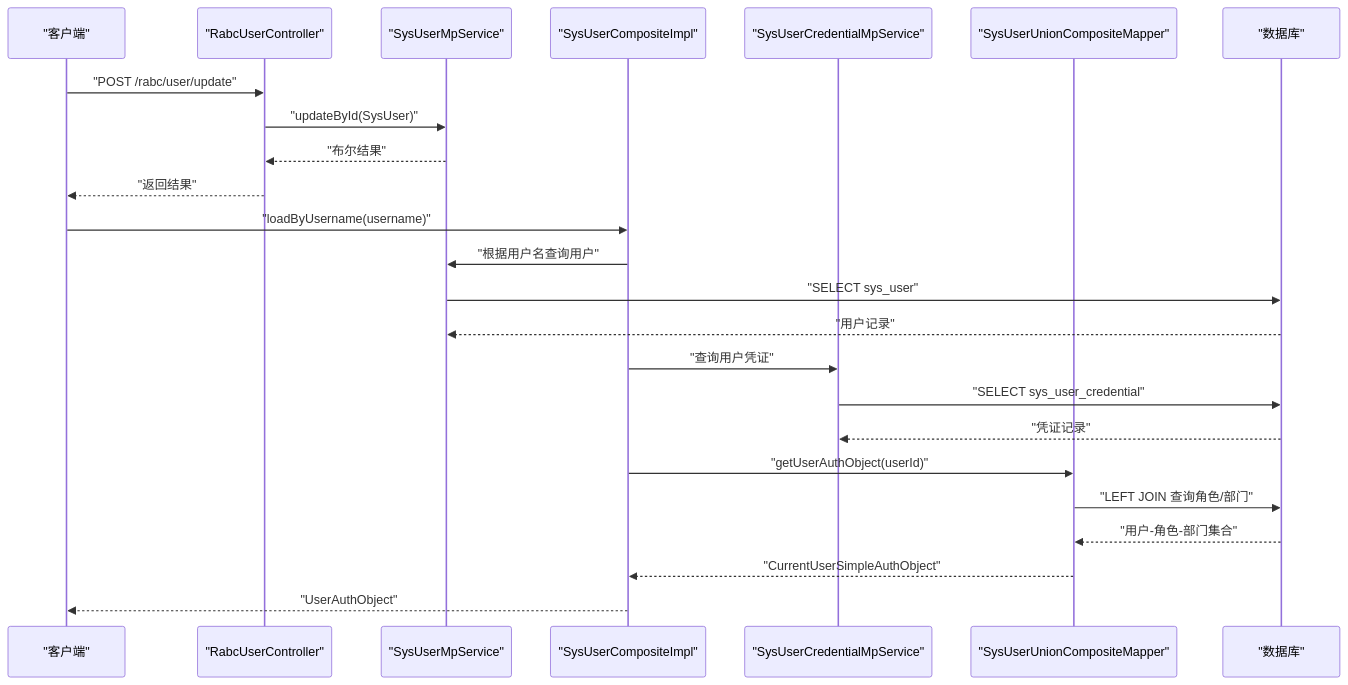
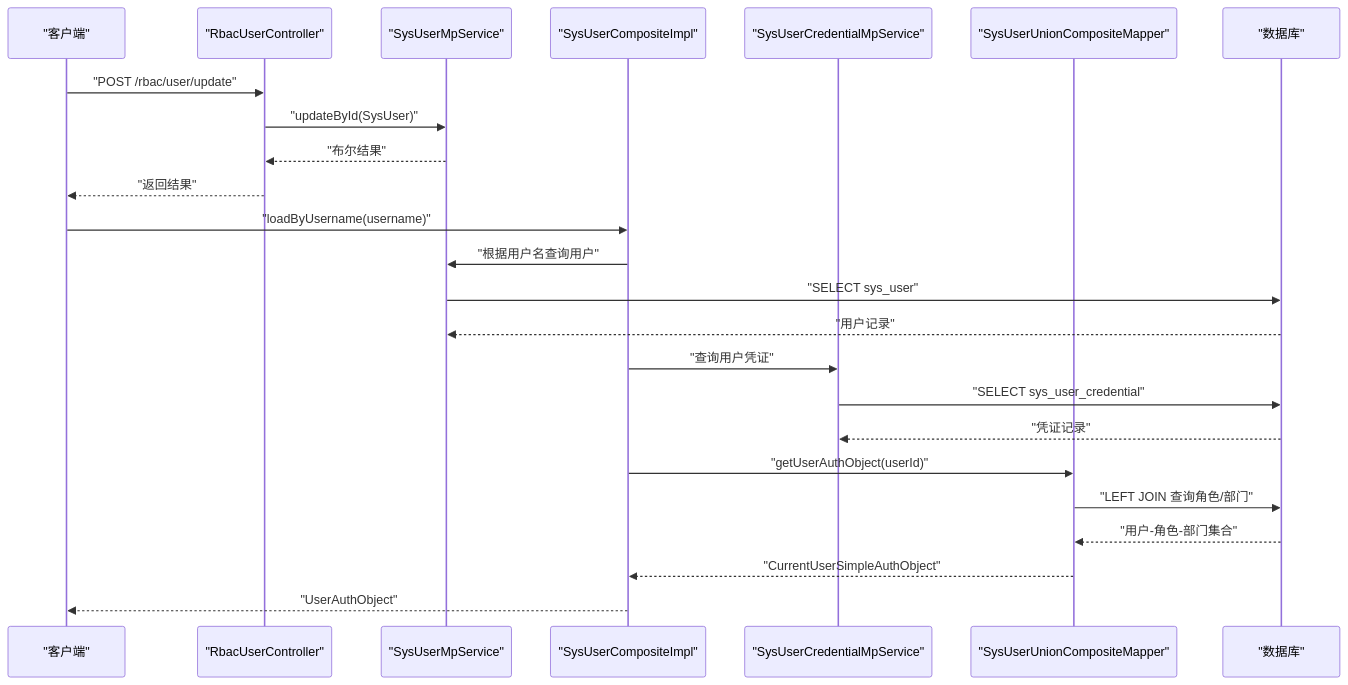
One commit to LiukewenSC/kewen-framework changed the second of 4 diagrams in .qoder/repowiki/zh/content/权限系统 (qy-auth)/RBAC实现 (auth-rbac)/用户管理.md. Above: the diagram before and after it, drawn with Mermaid. The commit also changed other lines of this file and 764 other files, not shown here.

````diff
--- a/.qoder/repowiki/zh/content/权限系统 (qy-auth)/RBAC实现 (auth-rbac)/用户管理.md
+++ b/.qoder/repowiki/zh/content/权限系统 (qy-auth)/RBAC实现 (auth-rbac)/用户管理.md
@@ -127,26 +127,26 @@
 ```mermaid
 sequenceDiagram
 participant Client as "客户端"
-participant Ctrl as "RabcUserController"
+participant Ctrl as "RbacUserController"
 participant Svc as "SysUserMpService"
 participant Comp as "SysUserCompositeImpl"
 participant Cred as "SysUserCredentialMpService"
 participant Mapper as "SysUserUnionCompositeMapper"
 participant DB as "数据库"
-Client->>Ctrl : "POST /rabc/user/update"
+Client->>Ctrl : "POST /rbac/user/update"
 Ctrl->>Svc : "updateById(SysUser)"
 Svc-->>Ctrl : "布尔结果"
 Ctrl-->>Client : "返回结果"
 Client->>Comp : "loadByUsername(username)"
 Comp->>Svc : "根据用户名查询用户"
 Svc->>DB : "SELECT sys_user"
 DB-->>Svc : "用户记录"
 Comp->>Cred : "查询用户凭证"
 Cred->>DB : "SELECT sys_user_credential"
 DB-->>Cred : "凭证记录"
 Comp->>Mapper : "getUserAuthObject(userId)"
 Mapper->>DB : "LEFT JOIN 查询角色/部门"
 DB-->>Mapper : "用户-角色-部门集合"
 Mapper-->>Comp : "CurrentUserSimpleAuthObject"
 Comp-->>Client : "UserAuthObject"
 ```
````
